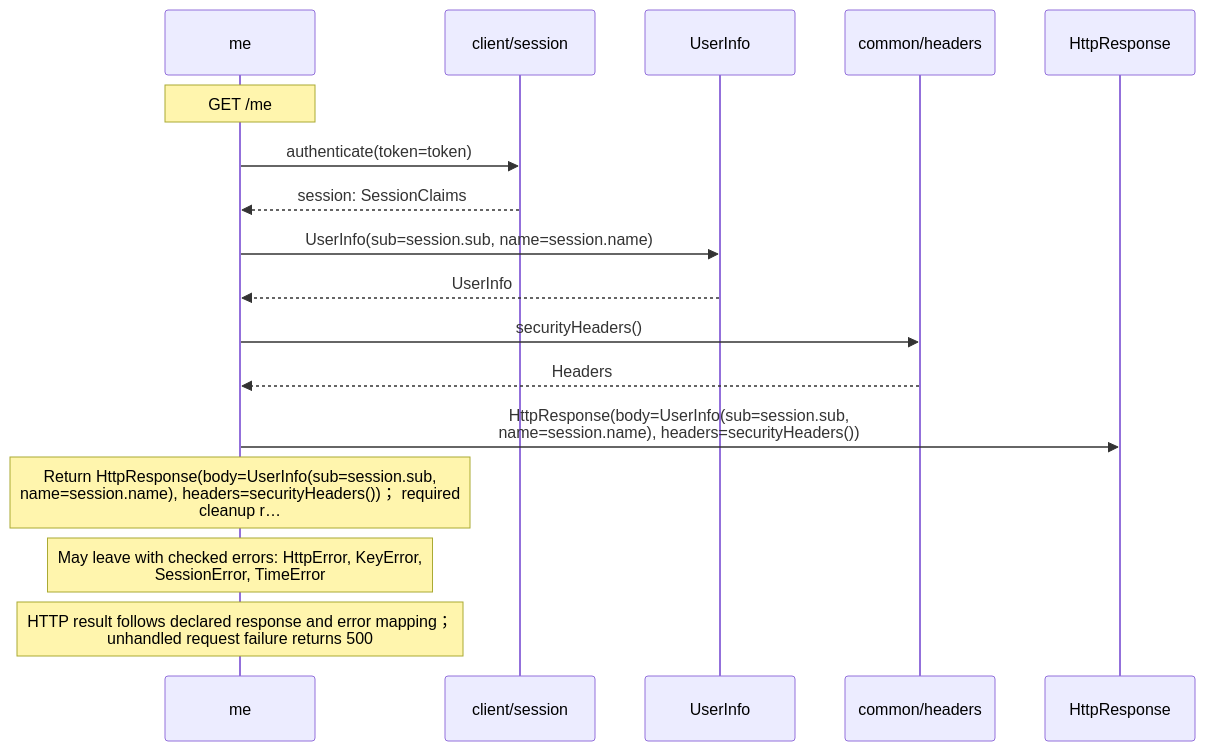
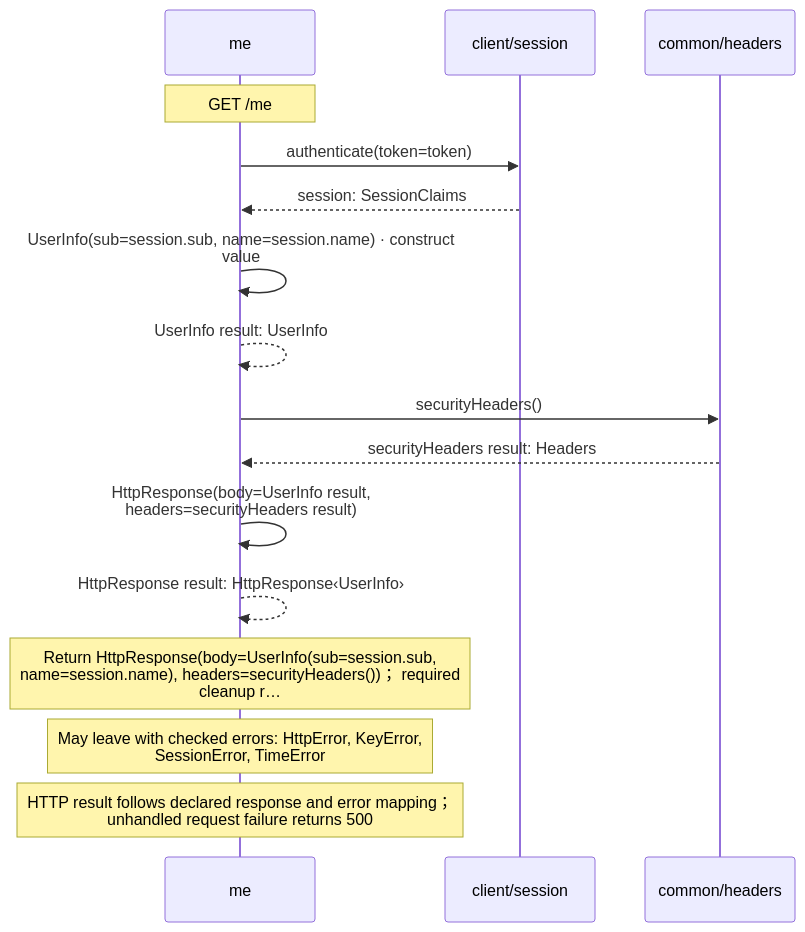
Before and after one commit to GreenPandaStudios/augscript: the fifth of 5 diagrams in docs/examples/oidc-login/client/endpoints-diagrams.md, drawn with Mermaid. The commit also changed other lines of this file and 304 other files, not shown here.

Commit message:
Make generated data-flow sequences concise and review every diagram

````diff
--- a/docs/examples/oidc-login/client/endpoints-diagrams.md
+++ b/docs/examples/oidc-login/client/endpoints-diagrams.md
@@ -115,19 +118,18 @@
 ```mermaid
 sequenceDiagram
     participant p0 as me
     participant p1 as client/session
-    participant p2 as UserInfo
-    participant p3 as common/headers
-    participant p4 as HttpResponse
+    participant p2 as common/headers
     Note over p0: GET /me
     p0->>p1: authenticate(token=token)
     p1-->>p0: session: SessionClaims
-    p0->>p2: UserInfo(sub=session.sub, name=session.name)
-    p2-->>p0: UserInfo
-    p0->>p3: securityHeaders()
-    p3-->>p0: Headers
-    p0->>p4: HttpResponse(body=UserInfo(sub=session.sub,<br/>name=session.name), headers=securityHeaders())
+    p0->>p0: UserInfo(sub=session.sub, name=session.name) · construct<br/>value
+    p0-->>p0: UserInfo result: UserInfo
+    p0->>p2: securityHeaders()
+    p2-->>p0: securityHeaders result: Headers
+    p0->>p0: HttpResponse(body=UserInfo result,<br/>headers=securityHeaders result)
+    p0-->>p0: HttpResponse result: HttpResponse‹UserInfo›
     Note over p0: Return HttpResponse(body=UserInfo(sub=session.sub,<br/>name=session.name), headers=securityHeaders())； required<br/>cleanup r…
     Note over p0: May leave with checked errors: HttpError, KeyError,<br/>SessionError, TimeError
     Note over p0: HTTP result follows declared response and error mapping；<br/>unhandled request failure returns 500
 ```
````
